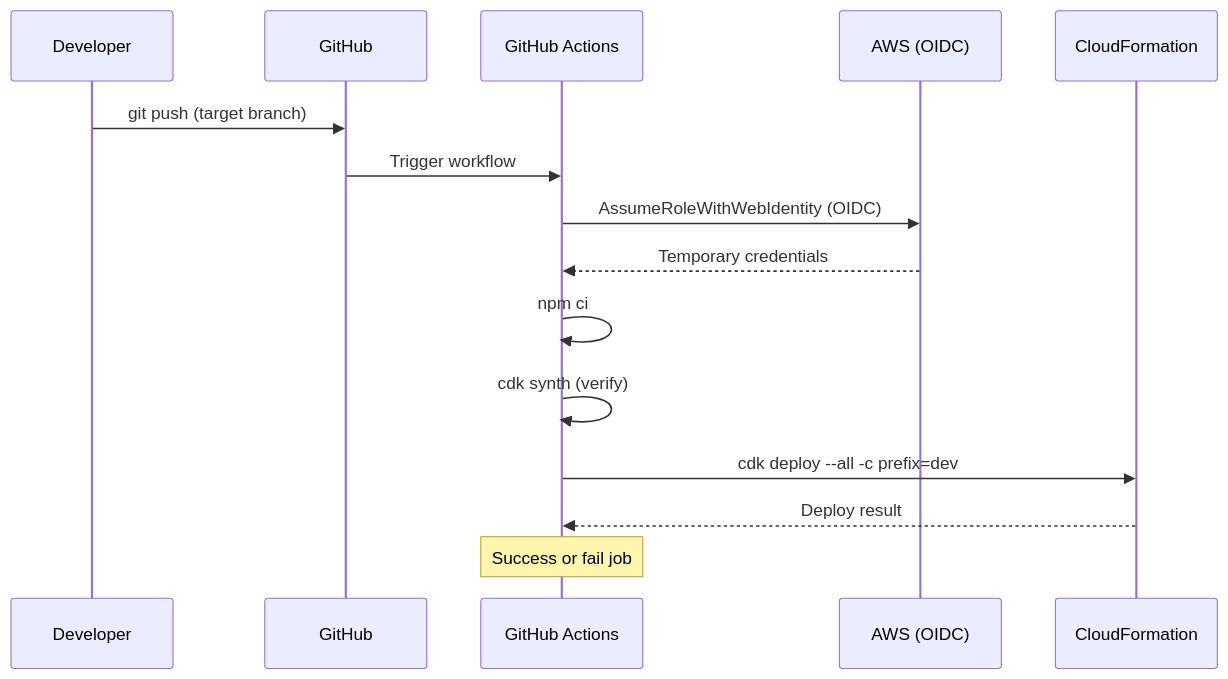
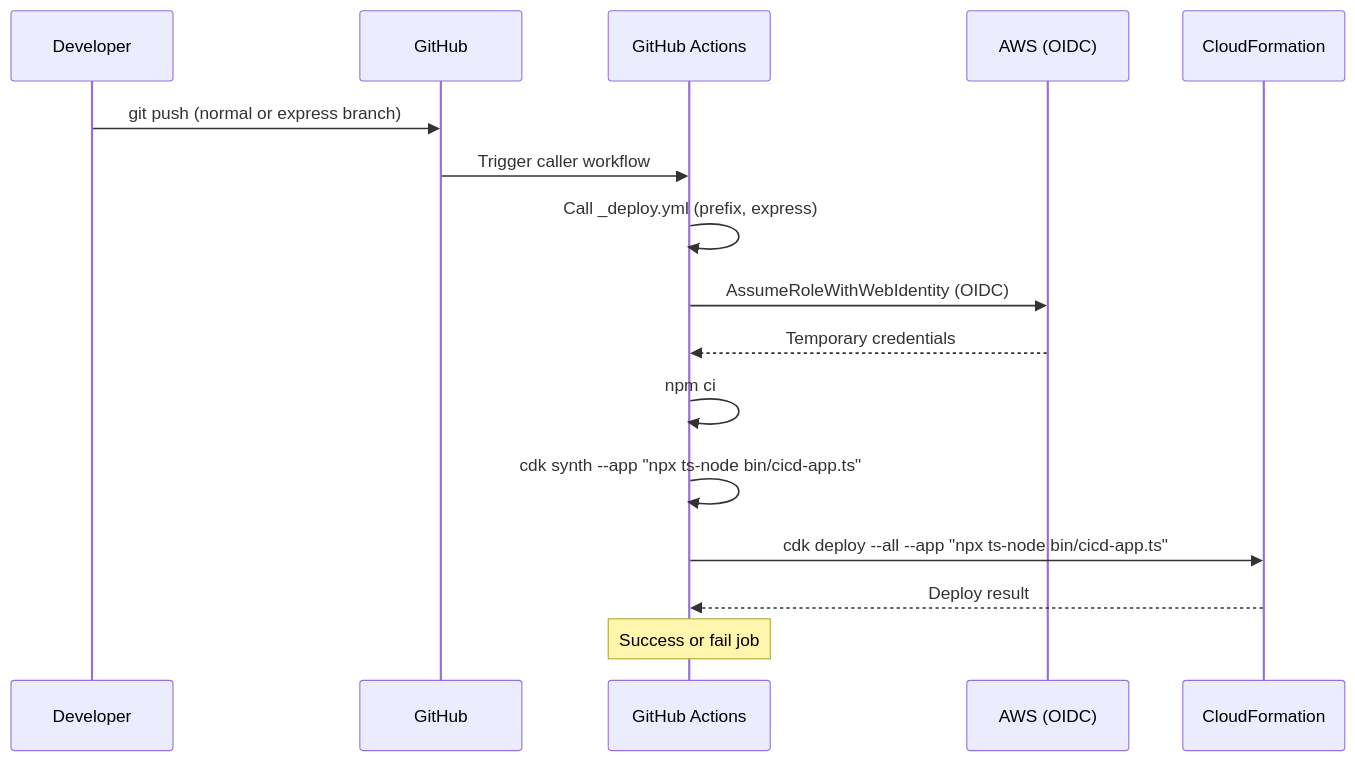
One commit to satoshi256kbyte/cdk-express-mode changed the third of 6 diagrams in .kiro/specs/cicd-pipelines/design.md. Above: the diagram before and after it, drawn with Mermaid. The commit also changed other lines of this file and 21 other files, not shown here.

````diff
--- a/.kiro/specs/cicd-pipelines/design.md
+++ b/.kiro/specs/cicd-pipelines/design.md
@@ -165,18 +222,19 @@
 ```mermaid
 sequenceDiagram
     participant Dev as Developer
     participant GH as GitHub
     participant GA as GitHub Actions
     participant AWS as AWS (OIDC)
     participant CF as CloudFormation
 
-    Dev->>GH: git push (target branch)
-    GH->>GA: Trigger workflow
+    Dev->>GH: git push (normal or express branch)
+    GH->>GA: Trigger caller workflow
+    GA->>GA: Call _deploy.yml (prefix, express)
     GA->>AWS: AssumeRoleWithWebIdentity (OIDC)
     AWS-->>GA: Temporary credentials
     GA->>GA: npm ci
-    GA->>GA: cdk synth (verify)
-    GA->>CF: cdk deploy --all -c prefix=dev
+    GA->>GA: cdk synth --app "npx ts-node bin/cicd-app.ts"
+    GA->>CF: cdk deploy --all --app "npx ts-node bin/cicd-app.ts"
     CF-->>GA: Deploy result
     Note over GA: Success or fail job
 ```
````
